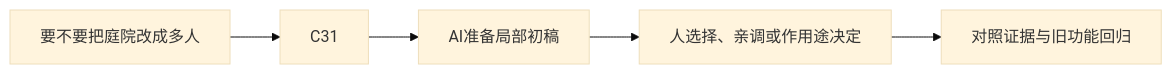
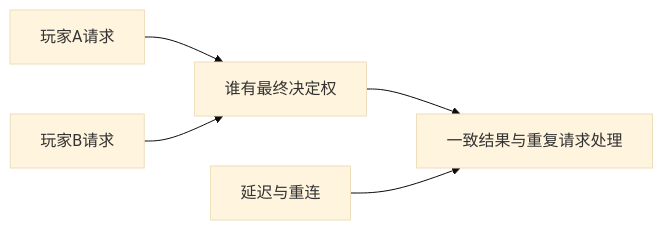
The diagram in curriculum/lessons/A05.md (Zilur/ai-3d-game-learning), drawn with Mermaid (base theme) before and after one commit. The commit also changed other lines of this file and 164 other files, not shown here.

Commit message:
docs: publish 47 step-by-step AI lesson flows, world upgrade and optional training corner

````diff
--- a/curriculum/lessons/A05.md
+++ b/curriculum/lessons/A05.md
@@ -38,7 +35,7 @@
 ```mermaid
 flowchart LR
-  S["要不要把庭院改成多人"] --> K["C31"]
-  K --> AI["AI准备局部初稿"]
-  AI --> H["人选择、亲调或作用途决定"]
-  H --> V["对照证据与旧功能回归"]
+ A["玩家A请求"] --> S["谁有最终决定权"]
+ B["玩家B请求"] --> S
+ S --> R["一致结果与重复请求处理"]
+ L["延迟与重连"] --> R
 ```
````
